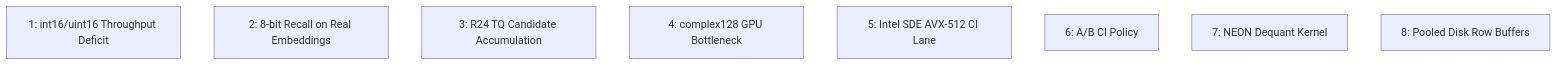
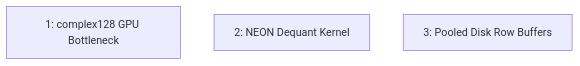
Before and after one commit to 23skdu/longbow: the diagram in docs/roadmap.md, drawn with Mermaid. The commit also changed other lines of this file and 34 other files, not shown here.

````diff
--- a/docs/roadmap.md
+++ b/docs/roadmap.md
@@ -21,11 +16,6 @@
 ```mermaid
 graph TD
-    I1["1: int16/uint16 Throughput Deficit"]
-    I2["2: 8-bit Recall on Real Embeddings"]
-    I3["3: R24 TQ Candidate Accumulation"]
-    I4["4: complex128 GPU Bottleneck"]
-    I5["5: Intel SDE AVX-512 CI Lane"]
-    I6["6: A/B CI Policy"]
-    I7["7: NEON Dequant Kernel"]
-    I8["8: Pooled Disk Row Buffers"]
+    I1["1: complex128 GPU Bottleneck"]
+    I2["2: NEON Dequant Kernel"]
+    I3["3: Pooled Disk Row Buffers"]
 ```
````
